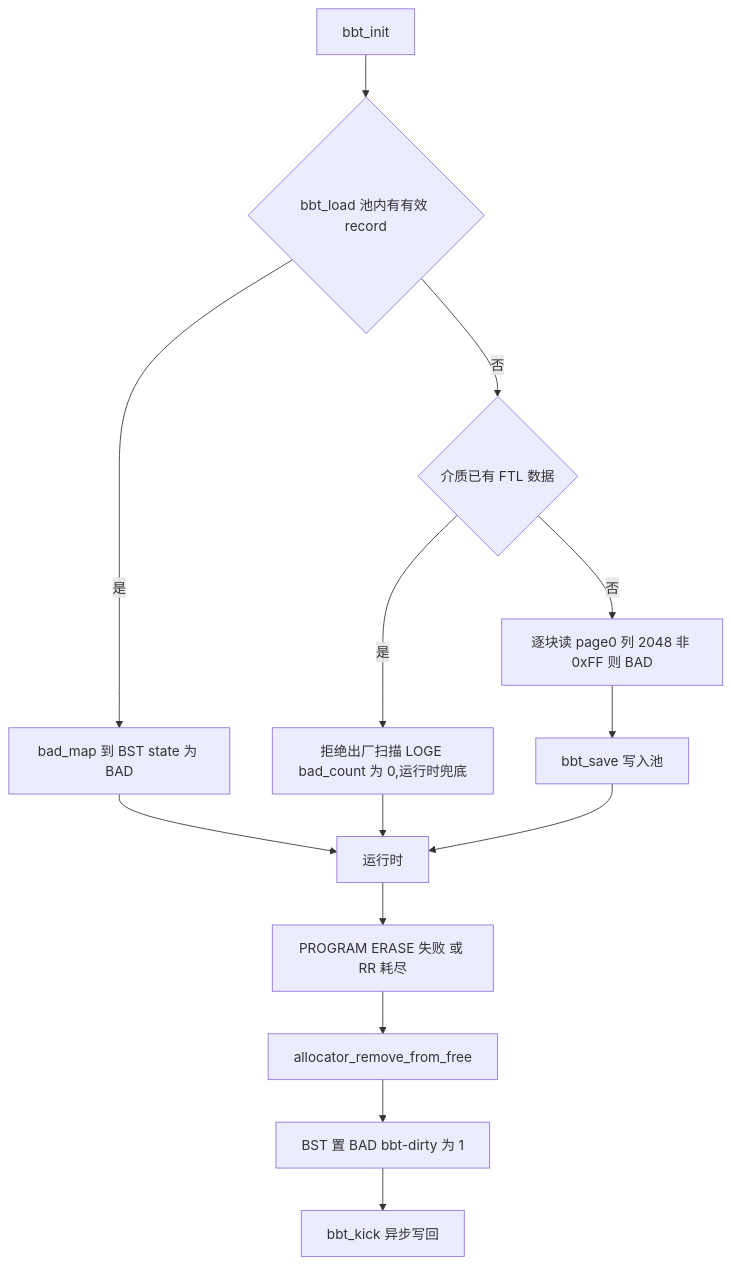
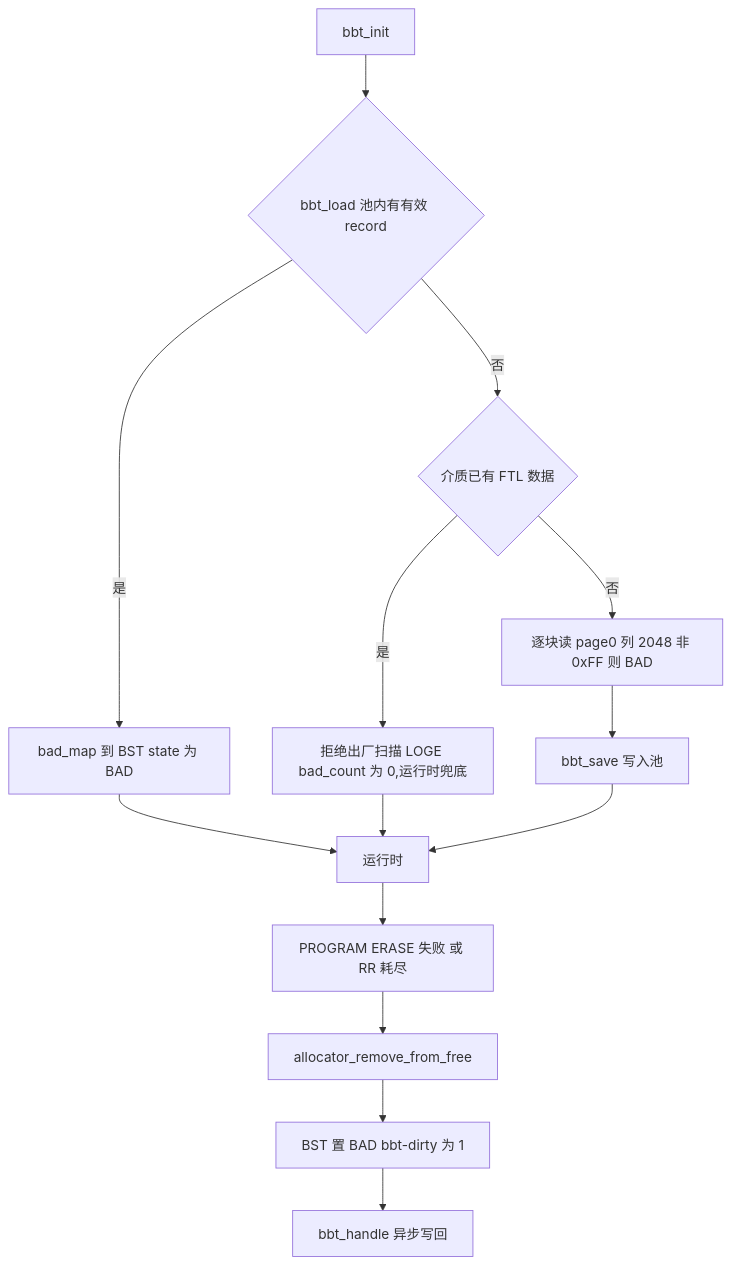
One commit to YzYMIAO/BASESSD changed the eighth of 32 diagrams in docs/design/ftl_design.md. Above: the diagram before and after it, drawn with Mermaid. The commit also changed other lines of this file and 46 other files, not shown here.

````diff
--- a/docs/design/ftl_design.md
+++ b/docs/design/ftl_design.md
@@ -1346,16 +1346,16 @@
 ```mermaid
 flowchart TD
     INIT["bbt_init"] --> LOAD{"bbt_load 池内有有效 record"}
     LOAD -- "是" --> REBUILD["bad_map 到 BST state 为 BAD"]
     LOAD -- "否" --> USED{"介质已有 FTL 数据"}
     USED -- "是" --> REJECT["拒绝出厂扫描 LOGE bad_count 为 0,运行时兜底"]
     USED -- "否" --> SCAN["逐块读 page0 列 2048 非 0xFF 则 BAD"]
     SCAN --> SAVE["bbt_save 写入池"]
     REBUILD --> RUN["运行时"]
     REJECT --> RUN
     SAVE --> RUN
     RUN --> MARK["PROGRAM ERASE 失败 或 RR 耗尽"]
     MARK --> EXPEL["allocator_remove_from_free"]
     EXPEL --> BAD["BST 置 BAD bbt-dirty 为 1"]
-    BAD --> KICK["bbt_kick 异步写回"]
+    BAD --> KICK["bbt_handle 异步写回"]
 ```
````
